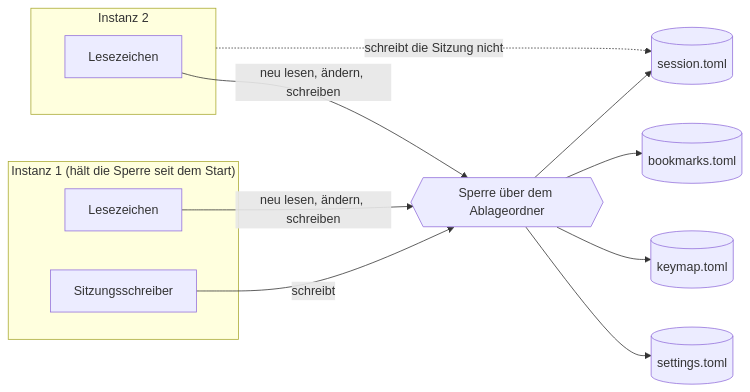
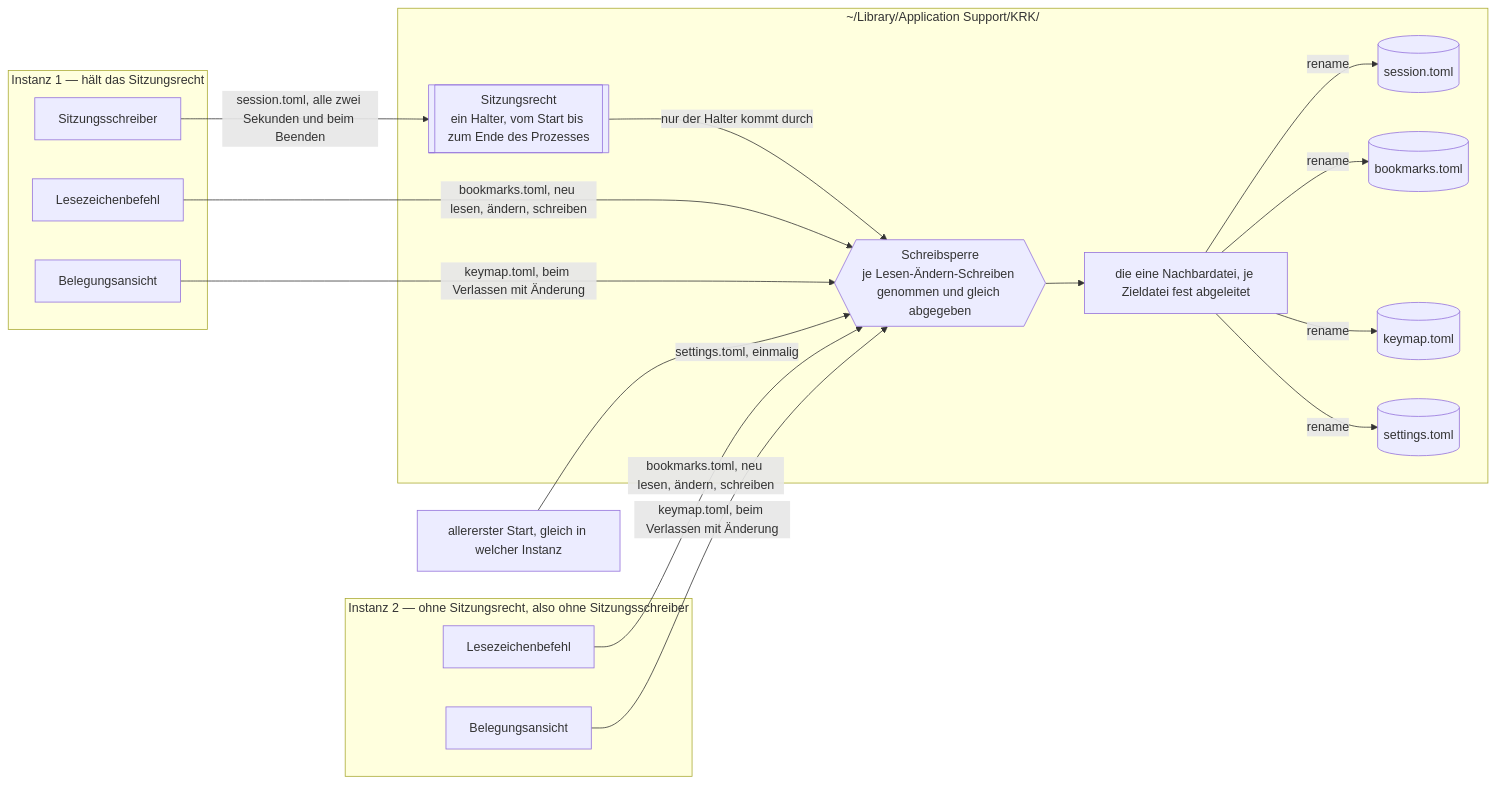
The third of 3 diagrams in fusion-workbench/shared/planning/260813-0053_o_spec-suche-in-der-belegung-vollstaendiges-menue-zweite-instanz.md (tenzoki/krk), drawn with Mermaid before and after one commit. The commit also changed other lines of this file and 3 other files, not shown here.

````diff
--- a/fusion-workbench/shared/planning/260813-0053_o_spec-suche-in-der-belegung-vollstaendiges-menue-zweite-instanz.md
+++ b/fusion-workbench/shared/planning/260813-0053_o_spec-suche-in-der-belegung-vollstaendiges-menue-zweite-instanz.md
@@ -57,19 +96,34 @@
 ```mermaid
 flowchart LR
-    subgraph I1["Instanz 1 (hält die Sperre seit dem Start)"]
-        S1[Sitzungsschreiber]
-        L1[Lesezeichen]
+    subgraph I1["Instanz 1 — hält das Sitzungsrecht"]
+        S1["Sitzungsschreiber"]
+        L1["Lesezeichenbefehl"]
+        B1["Belegungsansicht"]
     end
-    subgraph I2["Instanz 2"]
-        L2[Lesezeichen]
+    subgraph I2["Instanz 2 — ohne Sitzungsrecht, also ohne Sitzungsschreiber"]
+        L2["Lesezeichenbefehl"]
+        B2["Belegungsansicht"]
     end
-    SP{{"Sperre über dem Ablageordner"}}
-    S1 -->|schreibt| SP
-    L1 -->|neu lesen, ändern, schreiben| SP
-    L2 -->|neu lesen, ändern, schreiben| SP
-    SP --> D1[("session.toml")]
-    SP --> D2[("bookmarks.toml")]
-    SP --> D3[("keymap.toml")]
-    SP --> D4[("settings.toml")]
-    I2 -.->|schreibt die Sitzung nicht| D1
+    ERST["allererster Start, gleich in welcher Instanz"]
+    subgraph ABLAGE["~/Library/Application Support/KRK/"]
+        SR[["Sitzungsrecht<br/>ein Halter, vom Start bis zum Ende des Prozesses"]]
+        SS{{"Schreibsperre<br/>je Lesen-Ändern-Schreiben genommen und gleich abgegeben"}}
+        NB["die eine Nachbardatei, je Zieldatei fest abgeleitet"]
+        D1[("session.toml")]
+        D2[("bookmarks.toml")]
+        D3[("keymap.toml")]
+        D4[("settings.toml")]
+    end
+    S1 -->|"session.toml, alle zwei Sekunden und beim Beenden"| SR
+    SR -->|"nur der Halter kommt durch"| SS
+    L1 -->|"bookmarks.toml, neu lesen, ändern, schreiben"| SS
+    L2 -->|"bookmarks.toml, neu lesen, ändern, schreiben"| SS
+    B1 -->|"keymap.toml, beim Verlassen mit Änderung"| SS
+    B2 -->|"keymap.toml, beim Verlassen mit Änderung"| SS
+    ERST -->|"settings.toml, einmalig"| SS
+    SS --> NB
+    NB -->|rename| D1
+    NB -->|rename| D2
+    NB -->|rename| D3
+    NB -->|rename| D4
 ```
````
